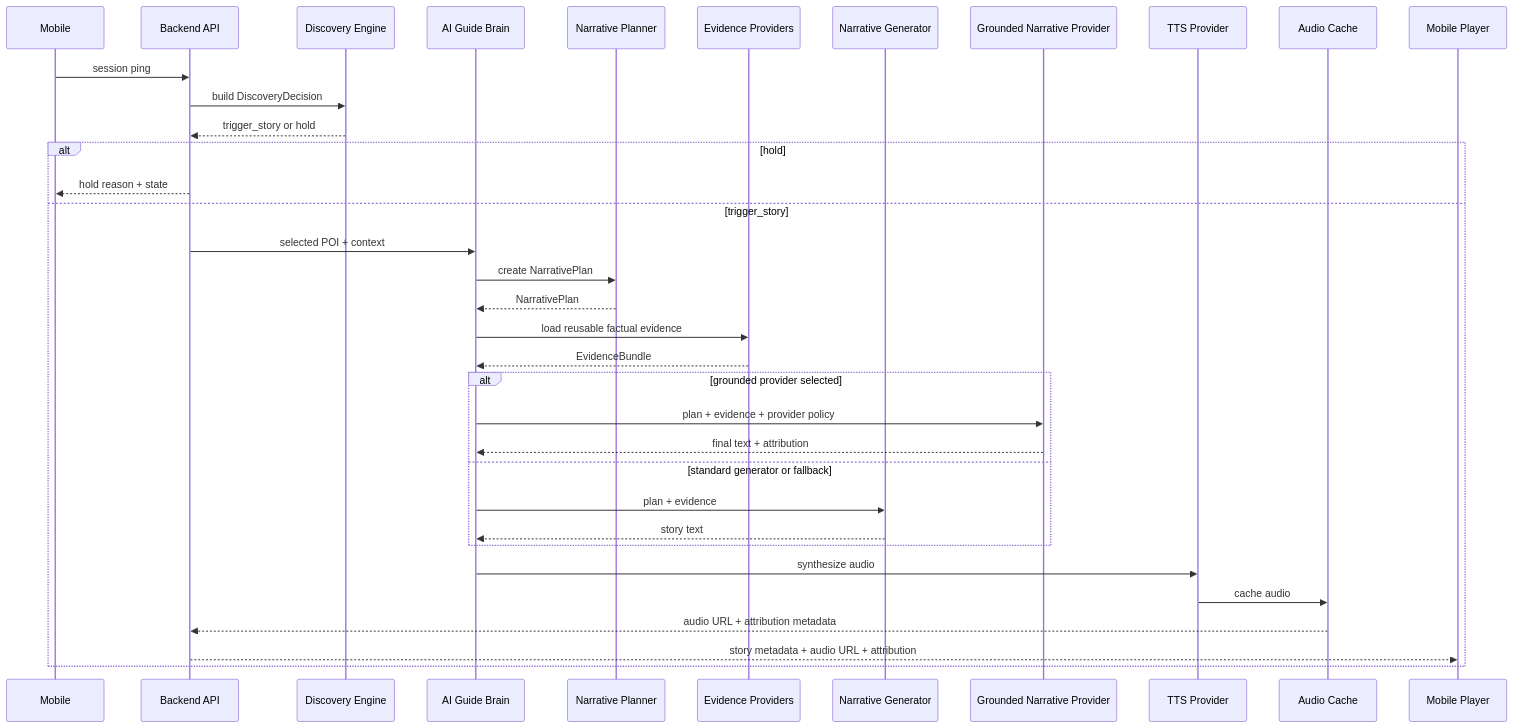
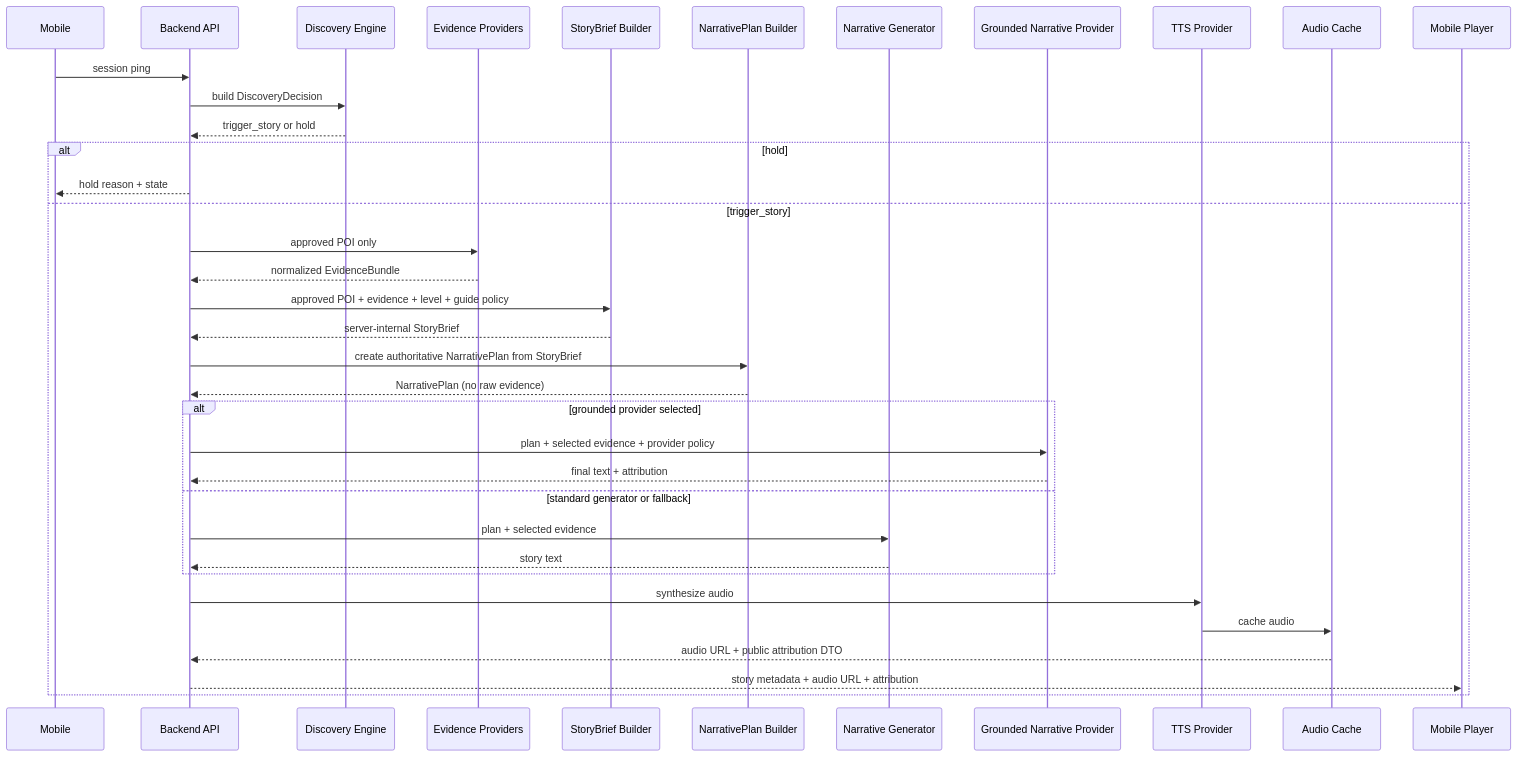
One commit to gris812/Hey-City changed the diagram in docs/architecture/05-narrative-plan-flow.md. Above: the diagram before and after it, drawn with Mermaid. The commit also changed other lines of this file and 19 other files, not shown here.

Commit message:
Address M1 architecture review findings

````diff
--- a/docs/architecture/05-narrative-plan-flow.md
+++ b/docs/architecture/05-narrative-plan-flow.md
@@ -11,39 +11,40 @@
 ```mermaid
 sequenceDiagram
     participant Mobile
     participant API as Backend API
     participant Discovery as Discovery Engine
-    participant Brain as AI Guide Brain
-    participant Planner as Narrative Planner
     participant Evidence as Evidence Providers
+    participant Brief as StoryBrief Builder
+    participant Planner as NarrativePlan Builder
     participant Generator as Narrative Generator
     participant Grounded as Grounded Narrative Provider
     participant TTS as TTS Provider
     participant Storage as Audio Cache
     participant Player as Mobile Player
 
     Mobile->>API: session ping
     API->>Discovery: build DiscoveryDecision
     Discovery-->>API: trigger_story or hold
 
     alt hold
         API-->>Mobile: hold reason + state
     else trigger_story
-        API->>Brain: selected POI + context
-        Brain->>Planner: create NarrativePlan
-        Planner-->>Brain: NarrativePlan
-        Brain->>Evidence: load reusable factual evidence
-        Evidence-->>Brain: EvidenceBundle
+        API->>Evidence: approved POI only
+        Evidence-->>API: normalized EvidenceBundle
+        API->>Brief: approved POI + evidence + level + guide policy
+        Brief-->>API: server-internal StoryBrief
+        API->>Planner: create authoritative NarrativePlan from StoryBrief
+        Planner-->>API: NarrativePlan (no raw evidence)
         alt grounded provider selected
-            Brain->>Grounded: plan + evidence + provider policy
-            Grounded-->>Brain: final text + attribution
+            API->>Grounded: plan + selected evidence + provider policy
+            Grounded-->>API: final text + attribution
         else standard generator or fallback
-            Brain->>Generator: plan + evidence
-            Generator-->>Brain: story text
+            API->>Generator: plan + selected evidence
+            Generator-->>API: story text
         end
-        Brain->>TTS: synthesize audio
+        API->>TTS: synthesize audio
         TTS->>Storage: cache audio
-        Storage-->>API: audio URL + attribution metadata
+        Storage-->>API: audio URL + public attribution DTO
         API-->>Player: story metadata + audio URL + attribution
     end
 ```
````
